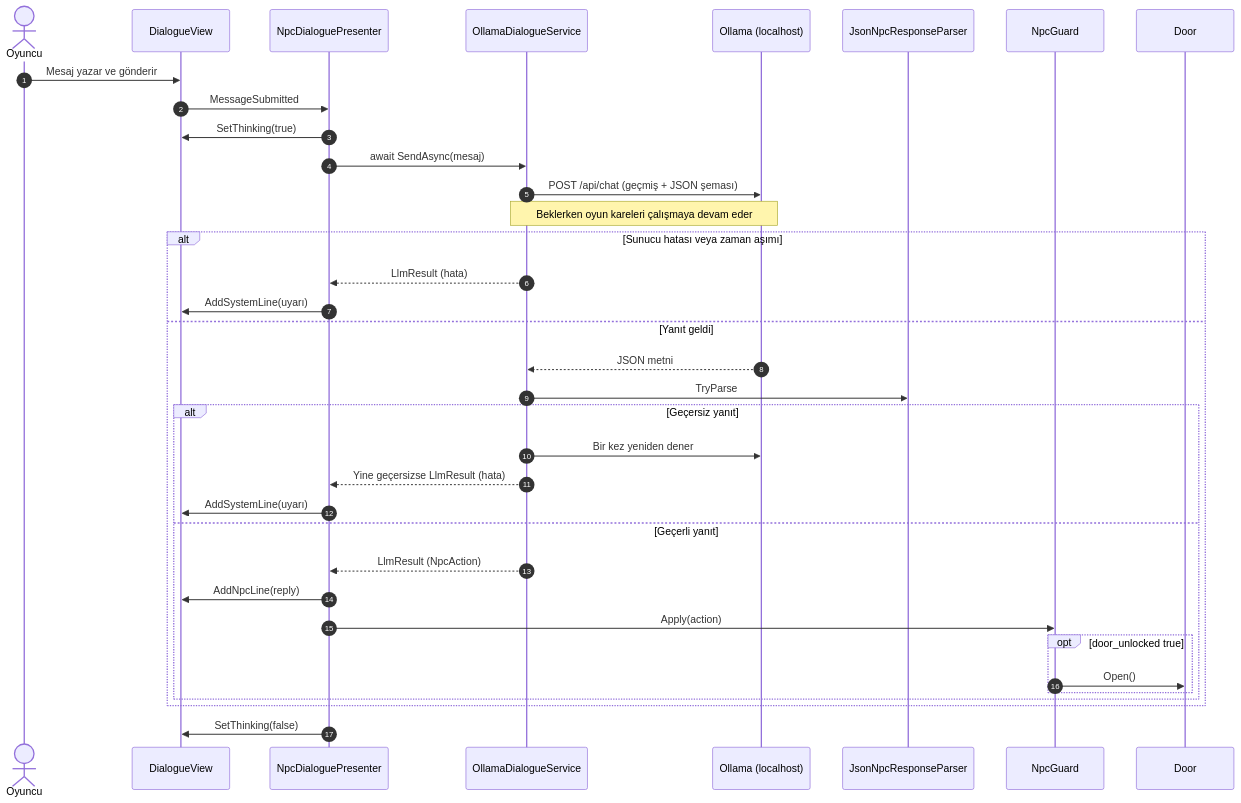
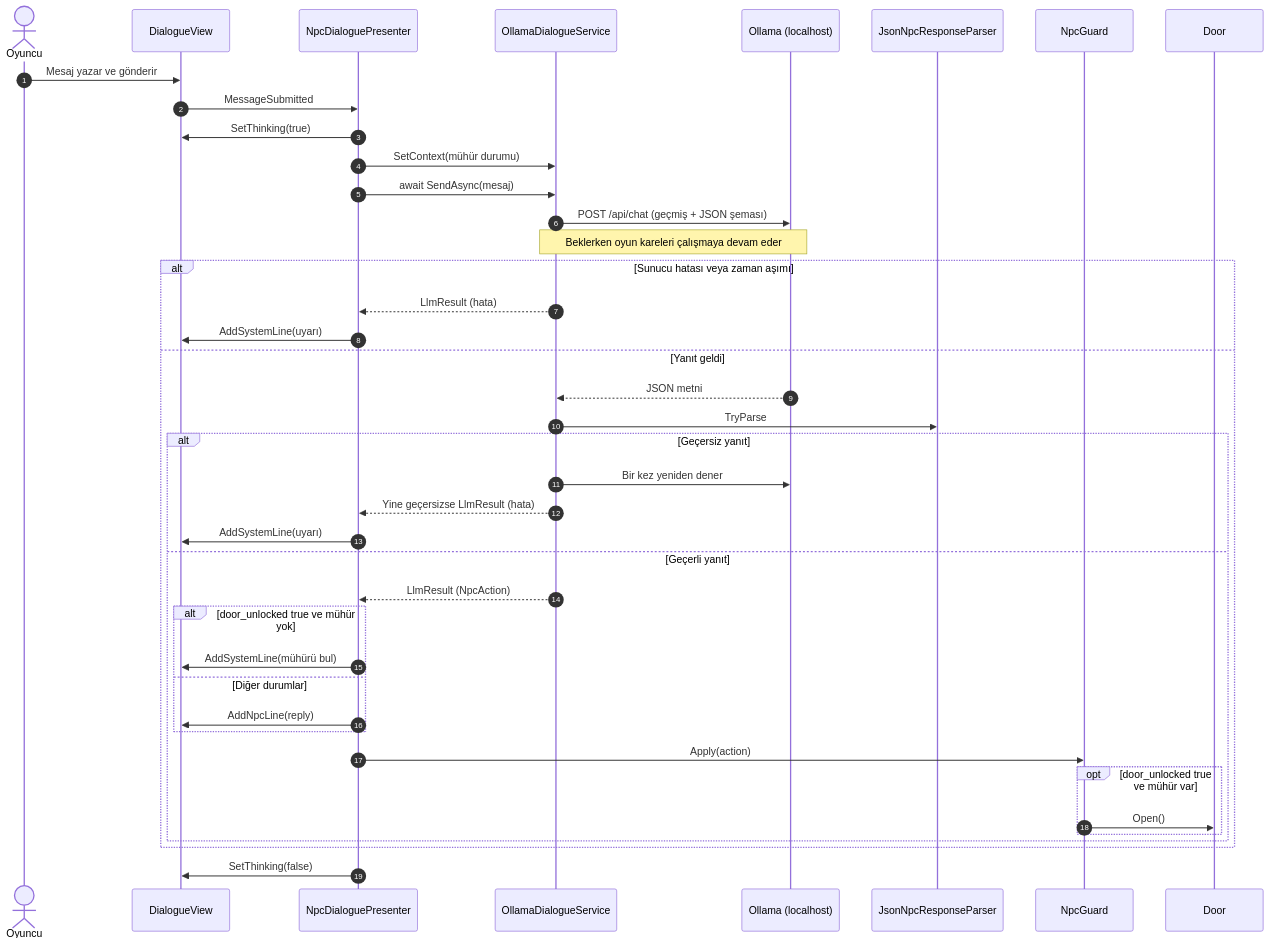
The fourth of 4 diagrams in README.md (serifealeynaon/YazLab1-Proje1), drawn with Mermaid before and after one commit. The commit also changed other lines of this file, not shown here.

Commit message:
Rapor mühür akışı ve yeni ölçümlerle güncellendi

````diff
--- a/README.md
+++ b/README.md
@@ -197,39 +213,44 @@
 ```mermaid
 sequenceDiagram
     autonumber
     actor Oyuncu
     participant View as DialogueView
     participant Presenter as NpcDialoguePresenter
     participant Service as OllamaDialogueService
     participant Ollama as Ollama (localhost)
     participant Parser as JsonNpcResponseParser
     participant Guard as NpcGuard
     participant Door as Door
 
     Oyuncu->>View: Mesaj yazar ve gönderir
     View->>Presenter: MessageSubmitted
     Presenter->>View: SetThinking(true)
+    Presenter->>Service: SetContext(mühür durumu)
     Presenter->>Service: await SendAsync(mesaj)
     Service->>Ollama: POST /api/chat (geçmiş + JSON şeması)
     Note over Service,Ollama: Beklerken oyun kareleri çalışmaya devam eder
     alt Sunucu hatası veya zaman aşımı
         Service-->>Presenter: LlmResult (hata)
         Presenter->>View: AddSystemLine(uyarı)
     else Yanıt geldi
         Ollama-->>Service: JSON metni
         Service->>Parser: TryParse
         alt Geçersiz yanıt
             Service->>Ollama: Bir kez yeniden dener
             Service-->>Presenter: Yine geçersizse LlmResult (hata)
             Presenter->>View: AddSystemLine(uyarı)
         else Geçerli yanıt
             Service-->>Presenter: LlmResult (NpcAction)
-            Presenter->>View: AddNpcLine(reply)
+            alt door_unlocked true ve mühür yok
+                Presenter->>View: AddSystemLine(mühürü bul)
+            else Diğer durumlar
+                Presenter->>View: AddNpcLine(reply)
+            end
             Presenter->>Guard: Apply(action)
-            opt door_unlocked true
+            opt door_unlocked true ve mühür var
                 Guard->>Door: Open()
             end
         end
     end
     Presenter->>View: SetThinking(false)
 ```
````
